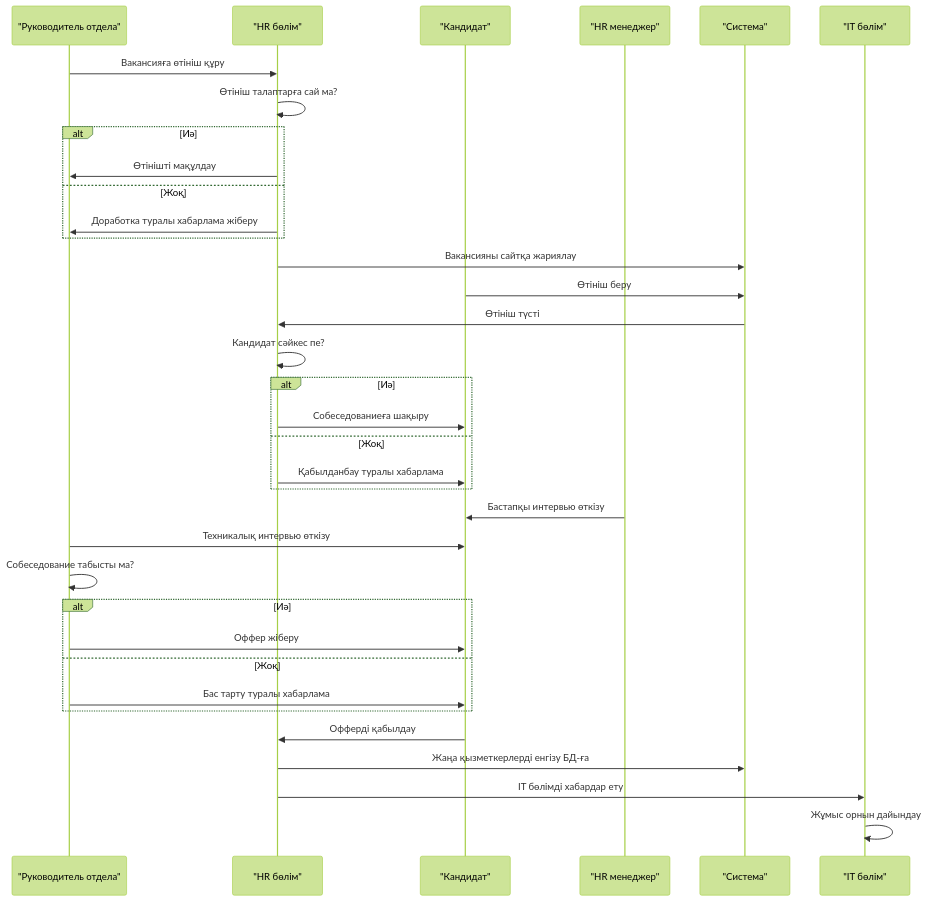
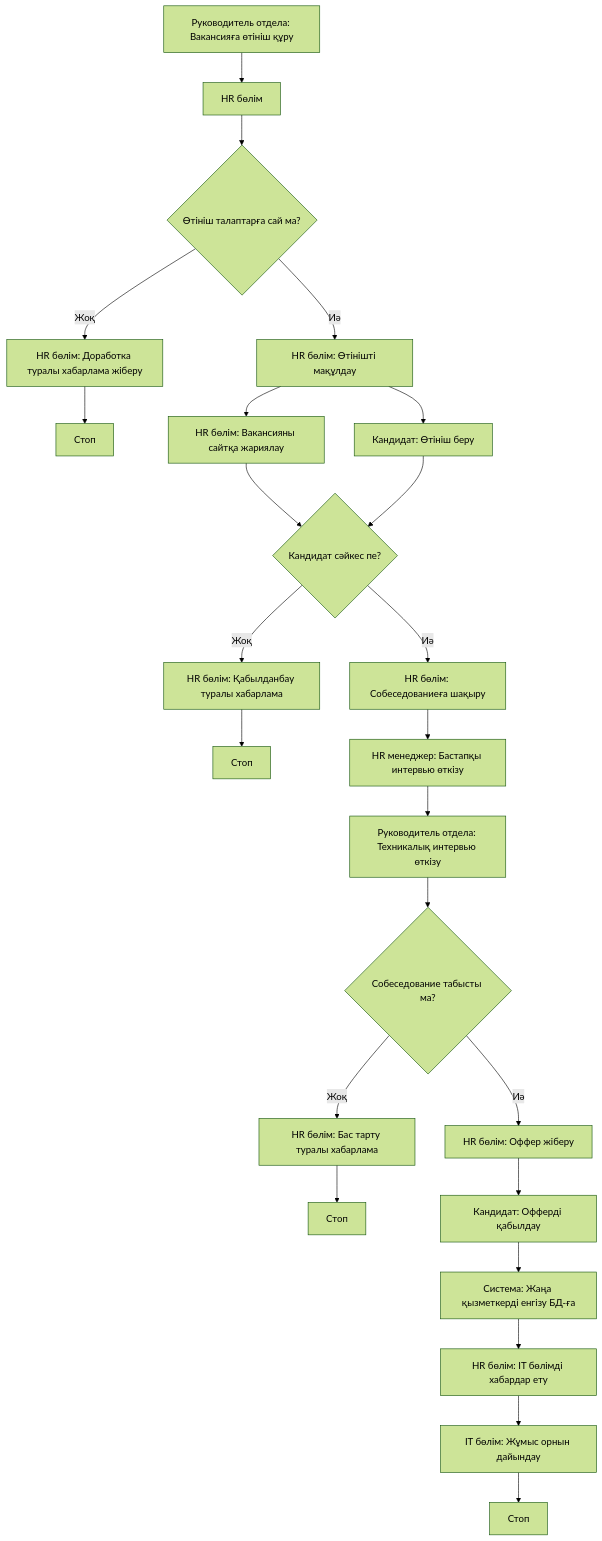
One commit to Aidann07/homework12 changed the diagram in diagram2.md. Above: the diagram before and after it, drawn with Mermaid (forest theme).

Commit message:
Refactor Mermaid diagram for HR process flow

````diff
--- a/diagram2.md
+++ b/diagram2.md
@@ -1,45 +1,49 @@
 ```mermaid
-%% Mermaid swimlane simulation using gantt + sections
-%% Mermaid толық swimlane қолдамаса да, sequence diagram арқылы ұқсас көрсетуге болады
+flowchart TD
+    %% Swimlanes note ретінде көрсетіледі
 
-sequenceDiagram
-    participant DeptHead as "Руководитель отдела"
-    participant HR as "HR бөлім"
-    participant Candidate as "Кандидат"
-    participant HRManager as "HR менеджер"
-    participant System as "Система"
-    participant IT as "IT бөлім"
+    %% Руководитель отдела
+    A1["Руководитель отдела: Вакансияға өтініш құру"] --> B1["HR бөлім"]
 
-    DeptHead->>HR: Вакансияға өтініш құру
-    HR->>HR: Өтініш талаптарға сай ма?
-    alt Иә
-        HR->>DeptHead: Өтінішті мақұлдау
-    else Жоқ
-        HR->>DeptHead: Доработка туралы хабарлама жіберу
-    end
+    %% HR бөлім
+    B1 --> C1{Өтініш талаптарға сай ма?}
+    C1 -- Иә --> D1["HR бөлім: Өтінішті мақұлдау"]
+    C1 -- Жоқ --> E1["HR бөлім: Доработка туралы хабарлама жіберу"]
+    E1 --> STOP1[Стоп]
 
-    HR->>System: Вакансияны сайтқа жариялау
-    Candidate->>System: Өтініш беру
-    System->>HR: Өтініш түсті
-    HR->>HR: Кандидат сәйкес пе?
-    alt Иә
-        HR->>Candidate: Собеседованиеға шақыру
-    else Жоқ
-        HR->>Candidate: Қабылданбау туралы хабарлама
-    end
+    %% Fork: Вакансия жариялау / Кандидат өтініш беру
+    D1 --> F1["HR бөлім: Вакансияны сайтқа жариялау"]
+    D1 --> G1["Кандидат: Өтініш беру"]
 
-    HRManager->>Candidate: Бастапқы интервью өткізу
-    DeptHead->>Candidate: Техникалық интервью өткізу
-    DeptHead->>DeptHead: Собеседование табысты ма?
-    alt Иә
-        DeptHead->>Candidate: Оффер жіберу
-    else Жоқ
-        DeptHead->>Candidate: Бас тарту туралы хабарлама
-    end
+    %% HR бөлім
+    F1 & G1 --> H1{Кандидат сәйкес пе?}
+    H1 -- Иә --> I1["HR бөлім: Собеседованиеға шақыру"]
+    H1 -- Жоқ --> J1["HR бөлім: Қабылданбау туралы хабарлама"]
+    J1 --> STOP2[Стоп]
 
-    Candidate->>HR: Офферді қабылдау
-    HR->>System: Жаңа қызметкерлерді енгізу БД-ға
-    HR->>IT: IT бөлімді хабардар ету
-    IT->>IT: Жұмыс орнын дайындау
+    %% HR менеджер
+    I1 --> K1["HR менеджер: Бастапқы интервью өткізу"]
+
+    %% Руководитель отдела
+    K1 --> L1["Руководитель отдела: Техникалық интервью өткізу"]
+
+    %% Сәтті / сәтсіз
+    L1 --> M1{Собеседование табысты ма?}
+    M1 -- Иә --> N1["HR бөлім: Оффер жіберу"]
+    M1 -- Жоқ --> O1["HR бөлім: Бас тарту туралы хабарлама"]
+    O1 --> STOP3[Стоп]
+
+    %% Кандидат
+    N1 --> P1["Кандидат: Офферді қабылдау"]
+
+    %% Система
+    P1 --> Q1["Система: Жаңа қызметкерді енгізу БД-ға"]
+
+    %% HR бөлім
+    Q1 --> R1["HR бөлім: IT бөлімді хабардар ету"]
+
+    %% IT бөлім
+    R1 --> S1["IT бөлім: Жұмыс орнын дайындау"]
+    S1 --> STOP4[Стоп]
 
 ```
````
